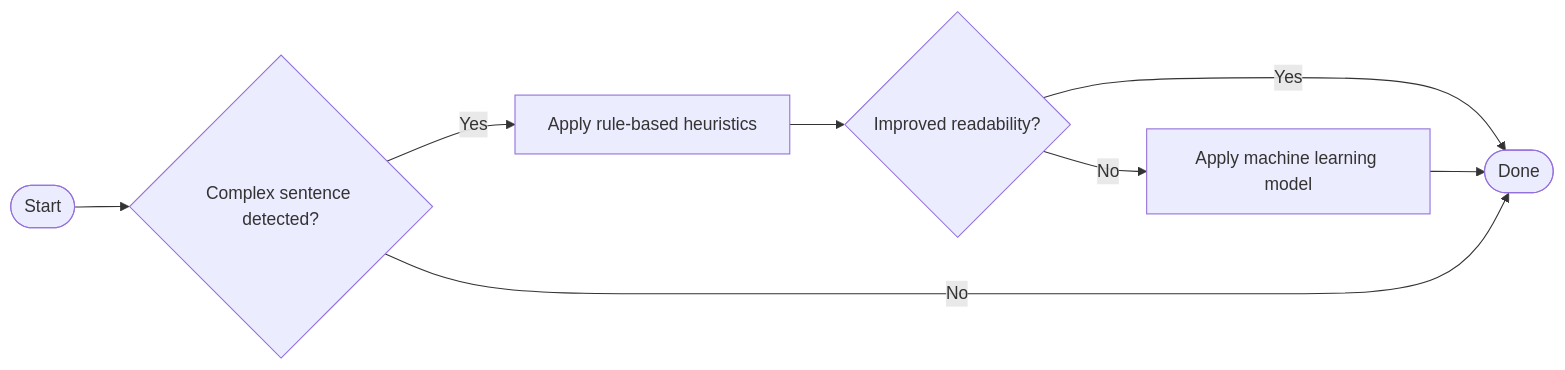
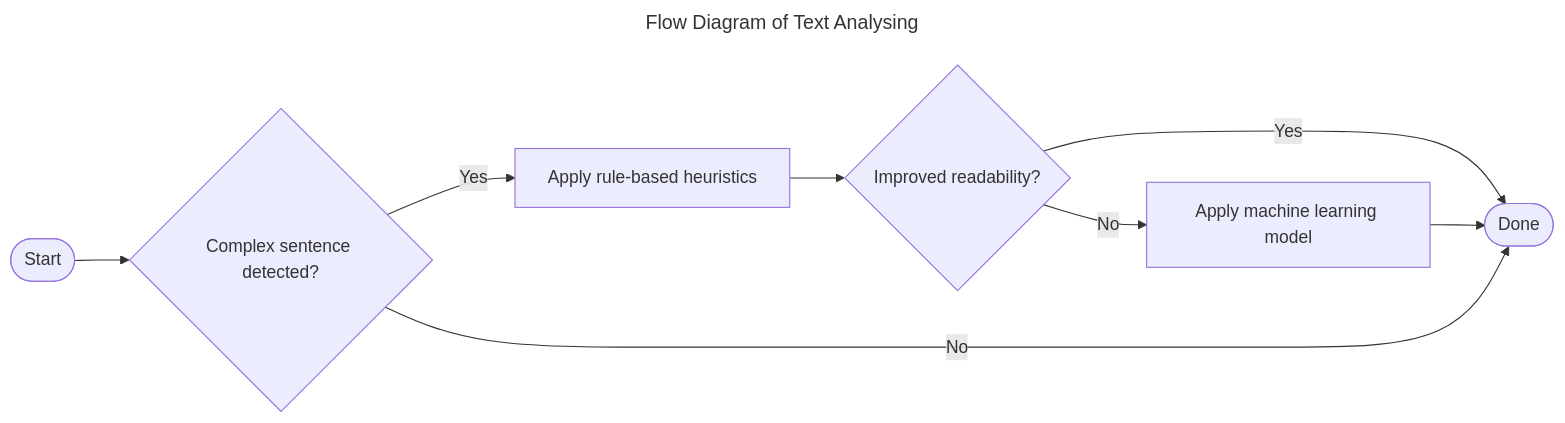
Before and after one commit to anrichp/Computing-Project-2024: the third of 6 diagrams in README.md, drawn with Mermaid. The commit also changed other lines of this file, not shown here.

Commit message:
add titles to all diagrams

````diff
--- a/README.md
+++ b/README.md
@@ -75,11 +78,14 @@
 ```mermaid
+---
+title: Flow Diagram of Text Analysing
+---
 flowchart LR
     start([Start])-->cond1{Complex sentence detected?}
     cond1-->|Yes| simplify1[Apply rule-based heuristics]
     simplify1-->cond2{Improved readability?}
     cond2-->|Yes| done([Done])
     cond2-->|No| simplify2[Apply machine learning model]
     simplify2-->done
 
     cond1-->|No| done
 ```
````
